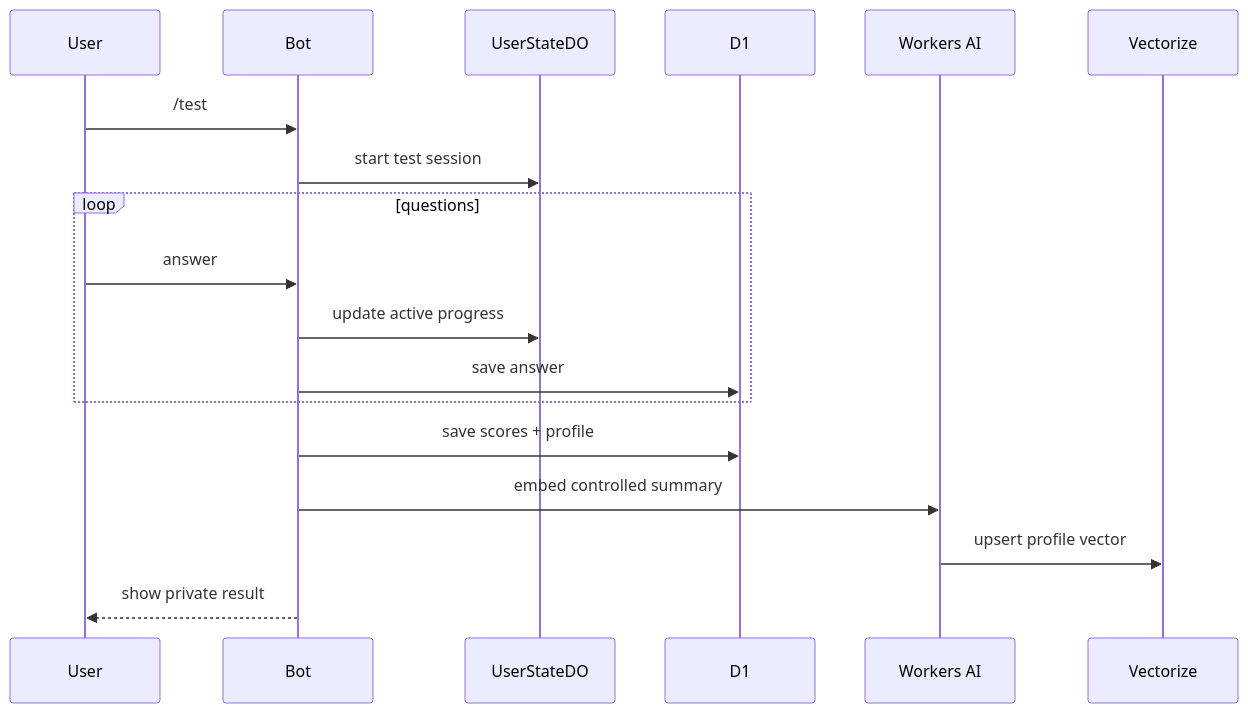
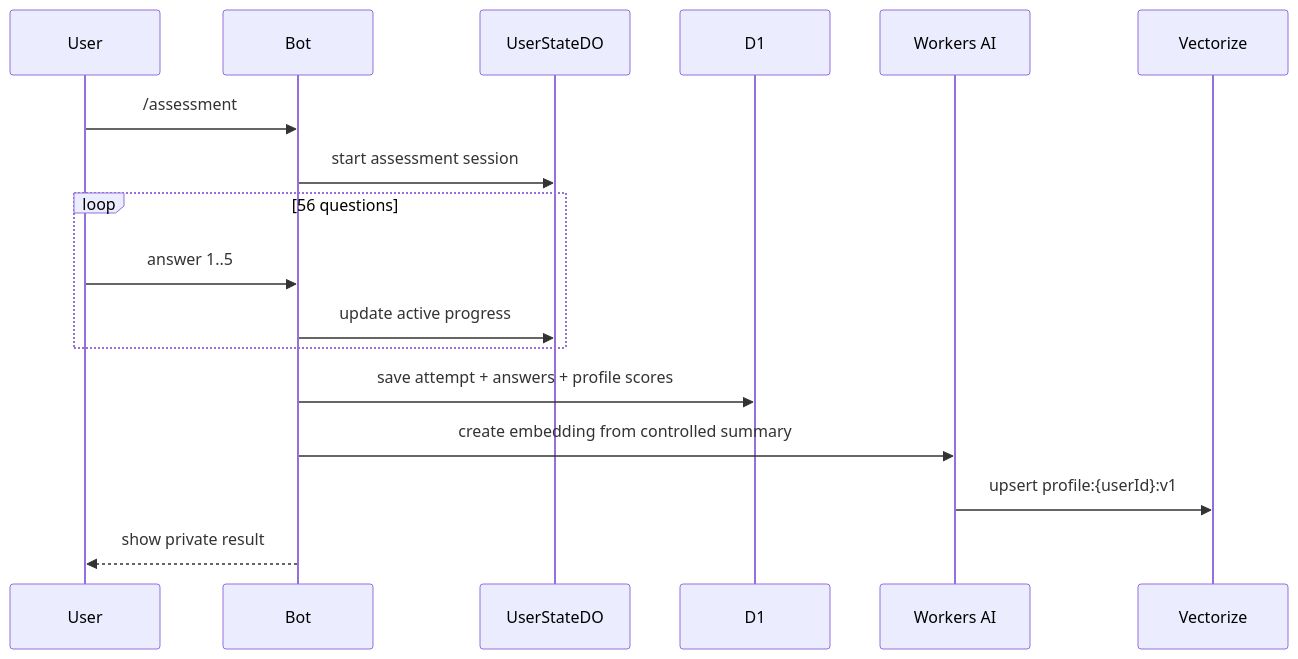
Before and after one commit to mohetios/mohetios.dev: the second of 4 diagrams in content/fa/lab/anonymous-messaging-on-the-edge.md, drawn with Mermaid. The commit also changed other lines of this file and 31 other files, not shown here.

````diff
--- a/content/fa/lab/anonymous-messaging-on-the-edge.md
+++ b/content/fa/lab/anonymous-messaging-on-the-edge.md
@@ -480,21 +391,20 @@
 ```mermaid
 sequenceDiagram
   participant U as User
   participant B as Bot
   participant DO as UserStateDO
   participant D1 as D1
   participant AI as Workers AI
   participant V as Vectorize
 
-  U->>B: /test
-  B->>DO: start test session
-  loop questions
-    U->>B: answer
+  U->>B: /assessment
+  B->>DO: start assessment session
+  loop 56 questions
+    U->>B: answer 1..5
     B->>DO: update active progress
-    B->>D1: save answer
   end
-  B->>D1: save scores + profile
-  B->>AI: embed controlled summary
-  AI->>V: upsert profile vector
+  B->>D1: save attempt + answers + profile scores
+  B->>AI: create embedding from controlled summary
+  AI->>V: upsert profile:{userId}:v1
   B-->>U: show private result
 ```
````
